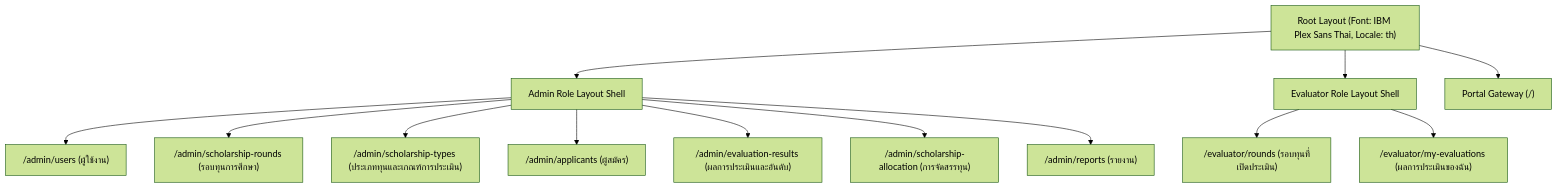
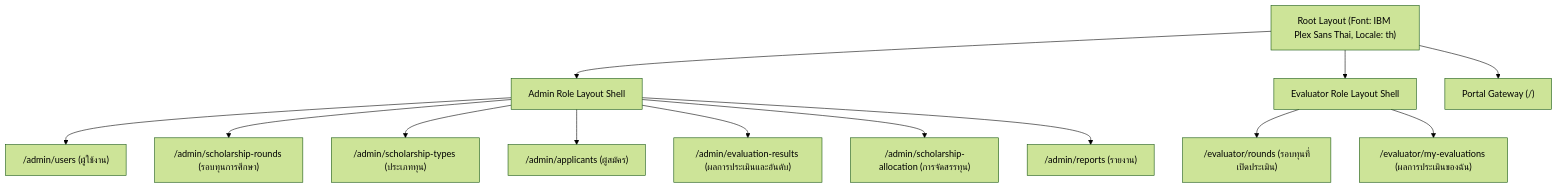
Before and after one commit to warattapobwaiarsa/SEMS-KKU: the diagram in docs/05-design/ui-navigation-and-layout.md, drawn with Mermaid (forest theme). The commit also changed other lines of this file and 28 other files, not shown here.

First line of the commit message:
feat(scholarship-types): redesign workflow, criteria consolidation, and align table UI

````diff
--- a/docs/05-design/ui-navigation-and-layout.md
+++ b/docs/05-design/ui-navigation-and-layout.md
@@ -11,18 +11,18 @@
 ```mermaid
 flowchart TD
     Root["Root Layout (Font: IBM Plex Sans Thai, Locale: th)"]
     Root --> AdminShell["Admin Role Layout Shell"]
     Root --> EvaluatorShell["Evaluator Role Layout Shell"]
     Root --> Gateway["Portal Gateway (/)"]
 
     AdminShell --> A1["/admin/users (ผู้ใช้งาน)"]
     AdminShell --> A2["/admin/scholarship-rounds (รอบทุนการศึกษา)"]
-    AdminShell --> A3["/admin/scholarship-types (ประเภททุนและเกณฑ์การประเมิน)"]
+    AdminShell --> A3["/admin/scholarship-types (ประเภททุน)"]
     AdminShell --> A4["/admin/applicants (ผู้สมัคร)"]
     AdminShell --> A5["/admin/evaluation-results (ผลการประเมินและอันดับ)"]
     AdminShell --> A6["/admin/scholarship-allocation (การจัดสรรทุน)"]
     AdminShell --> A7["/admin/reports (รายงาน)"]
 
     EvaluatorShell --> E1["/evaluator/rounds (รอบทุนที่เปิดประเมิน)"]
     EvaluatorShell --> E2["/evaluator/my-evaluations (ผลการประเมินของฉัน)"]
 ```
````
